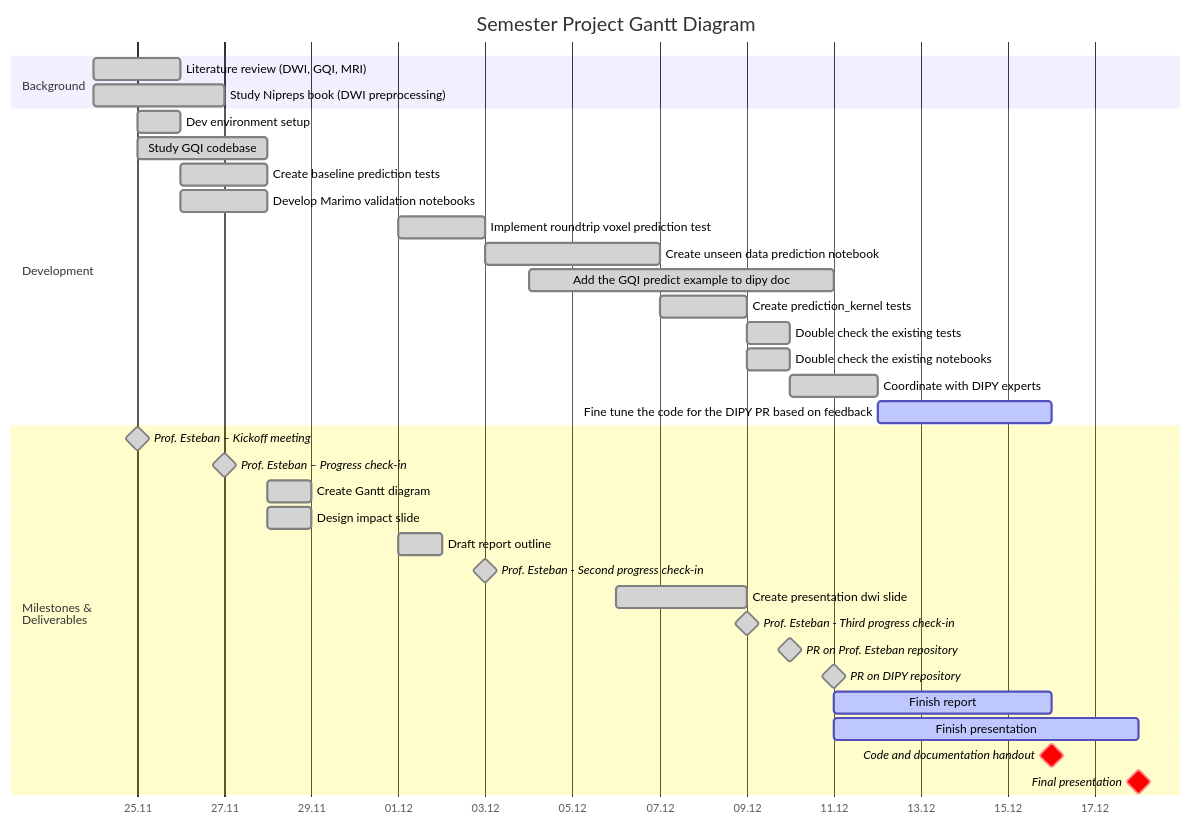
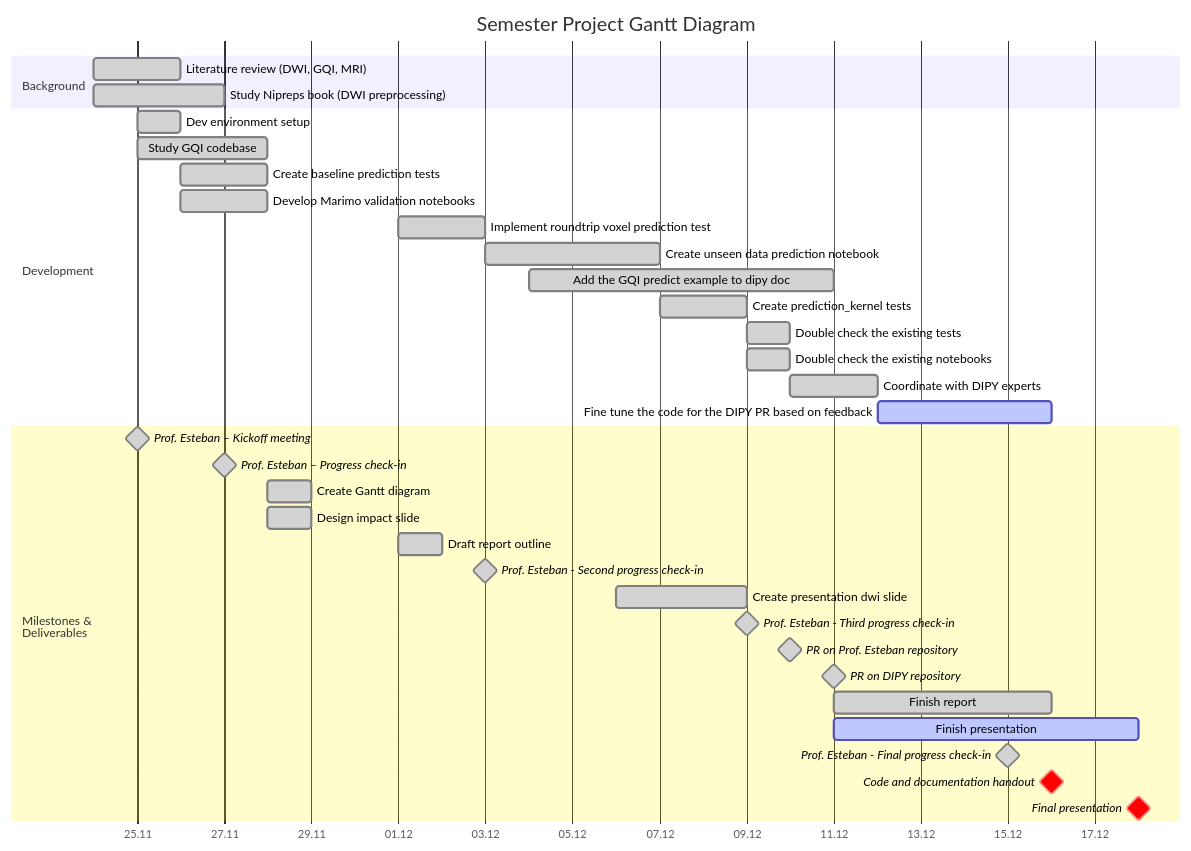
Before and after one commit to MadeInShineA/303.1-semester-project: the diagram in src/index.qmd, drawn with Mermaid. The commit also changed other lines of this file and 21 other files, not shown here.

````diff
--- a/src/index.qmd
+++ b/src/index.qmd
@@ -28,45 +28,46 @@
 ```{mermaid}
 gantt
 
     title Semester Project Gantt Diagram
     dateFormat DD.MM.YYYY
     axisFormat %d.%m
 
     section Background
         Literature review (DWI, GQI, MRI)       :done,         research,       24.11.2025, 2d
         Study Nipreps book (DWI preprocessing)  :done,         nipreps,        24.11.2025, 3d
 
     section Development
         Dev environment setup                   :done,         devenv,         25.11.2025, 1d
         Study GQI codebase                      :done,         codebase,       25.11.2025, 3d
         Create baseline prediction tests        :done,         simple_tests,   26.11.2025, 2d
         Develop Marimo validation notebooks     :done,         notebooks,      26.11.2025, 2d
         Implement roundtrip voxel prediction test :done,       cross_tests,    01.12.2025, 2d
         Create unseen data prediction notebook  :done,         unseen_data,    03.12.2025, 4d
         Add the GQI predict example to dipy doc :done,         predict_example,04.12.2025, 11.12.2025
         Create prediction_kernel tests          :done,         prediction_kernel ,07.12.2025, 2d
         Double check the existing tests         :done,         dc_test,          09.12.2025, 1d
         Double check the existing notebooks     :done,         dc_notebooks,   09.12.2025, 1d
         Coordinate with DIPY experts            :done,         coor,           10.12.2025, 12.12.2025
         Fine tune the code for the DIPY PR based on feedback      :active,        prpr,           12.12.2025, 16.12.2025
         
 
       
         
 
     section Milestones & <br>Deliverables
         Prof. Esteban – Kickoff meeting         :done,         milestone,      25.11.2025, 0d
         Prof. Esteban – Progress check-in       :done,         milestone,      27.11.2025, 0d
         Create Gantt diagram                    :done,         gantt,          28.11.2025, 1d
         Design impact slide                     :done,         impact,         28.11.2025, 1d
         Draft report outline                    :done,         r_draft,        01.12.2025, 1d
         Prof. Esteban - Second progress check-in:done,         milestone,      03.12.2025, 0d
         Create presentation dwi slide           :done,         p_draft,        06.12.2025, 09.12.2025 
         Prof. Esteban - Third progress check-in :done,         milestone,      09.12.2025, 0d
         PR on Prof. Esteban repository          :done,         milestone,      10.12.2025, 0d
         PR on DIPY repository                   :done,         milestone,      11.12.2025, 0d
-        Finish report                           :active,       f_rep,          11.12.2025, 16.12.2025
+        Finish report                           :done,         f_rep,          11.12.2025, 16.12.2025
         Finish presentation                     :active,       f_pres,         11.12.2025, 18.12.2025
+        Prof. Esteban - Final progress check-in :done,         milestone,      15.12.2025, 0d
         Code and documentation handout          :crit,         milestone,      16.12.2025, 0d
         Final presentation                      :crit,         milestone,      18.12.2025, 0d
 ```
````
